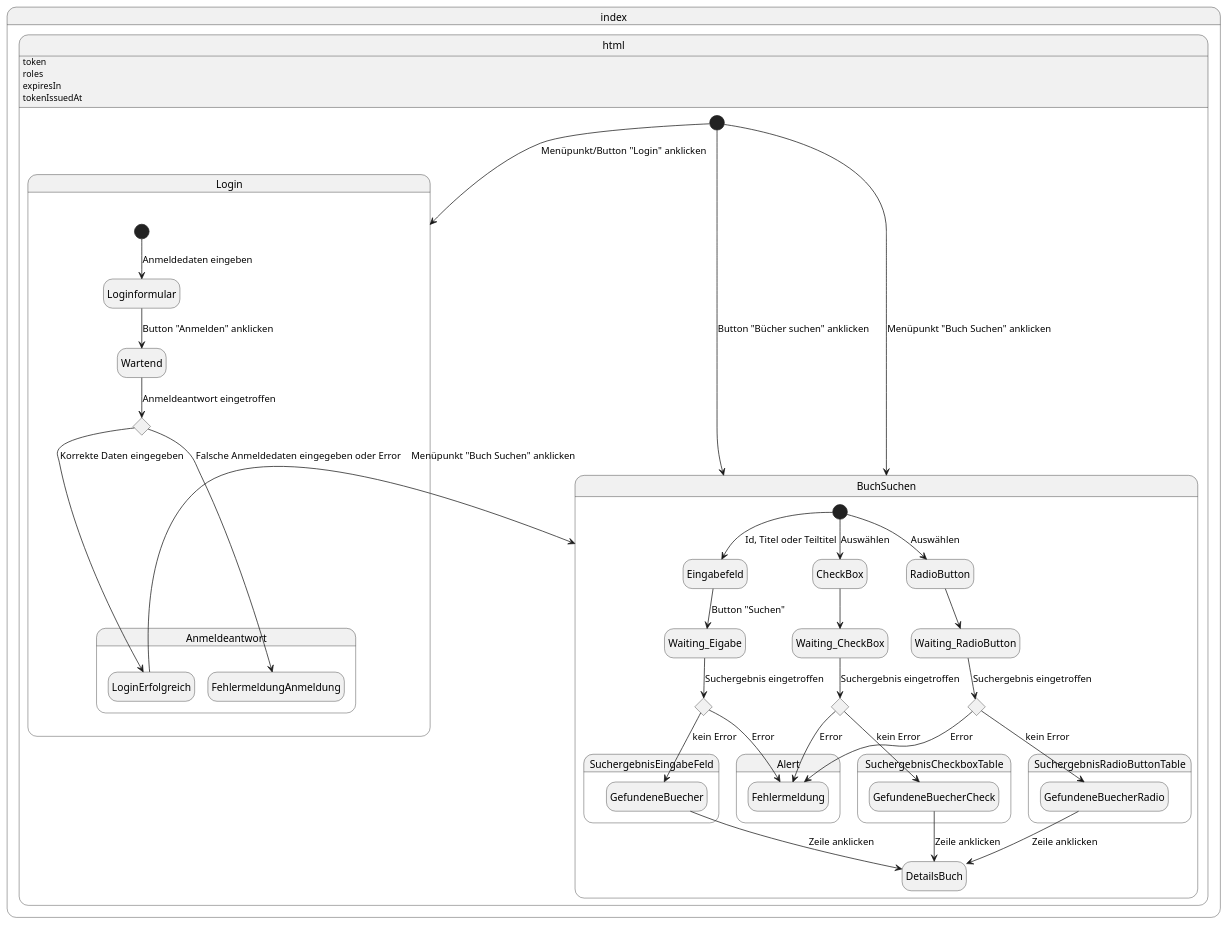
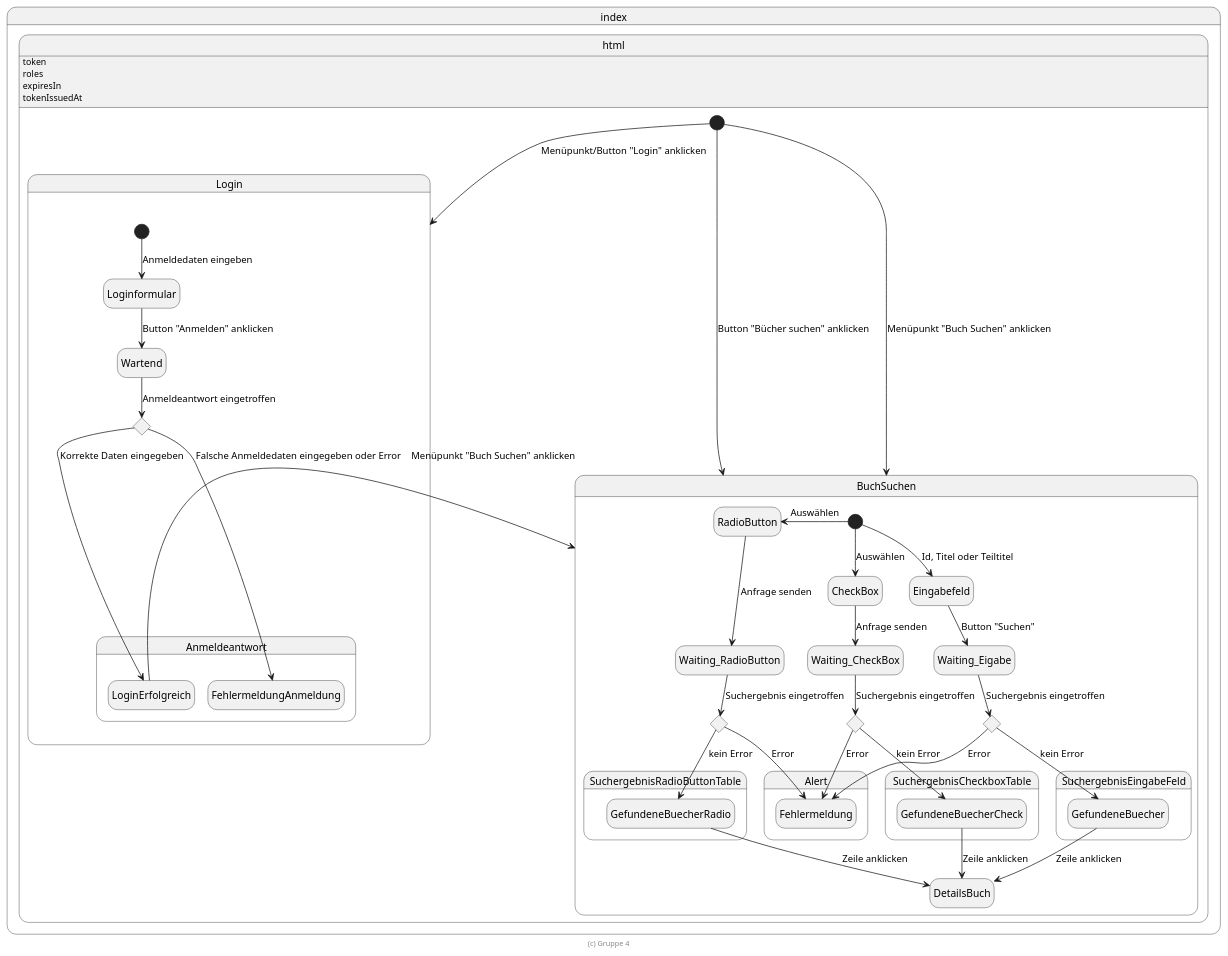
Before and after one commit to Atomfried13/swe_abgabe_2_webserver: the diagram in doc/zustandsdiagramm-ausgeloggt-kunde.plantuml, drawn with PlantUML. The commit also changed 2 other files, not shown here.

Commit message:
change: leerzeilen entfernt und kleine Änderung in kunde.plantuml

```diff
--- a/doc/zustandsdiagramm-ausgeloggt-kunde.plantuml
+++ b/doc/zustandsdiagramm-ausgeloggt-kunde.plantuml
@@ -1,74 +1,76 @@
 @startuml Zustandsdiagramm - Kunde ist ausgeloggt
 
 hide empty description
 
 state index.html {
     index.html: token
     index.html: roles
     index.html: expiresIn
     index.html: tokenIssuedAt
 
     [*] -down-> Login: Menüpunkt/Button "Login" anklicken
     [*] --> BuchSuchen: Button "Bücher suchen" anklicken
     [*] -down-> BuchSuchen: Menüpunkt "Buch Suchen" anklicken
 
     state Login {
         [*] --> Loginformular: Anmeldedaten eingeben
         Loginformular --> Wartend: Button "Anmelden" anklicken
         state AnmeldungAntwortChoice <<choice>>
         Wartend --> AnmeldungAntwortChoice: Anmeldeantwort eingetroffen
 
         state Anmeldeantwort {
             AnmeldungAntwortChoice --> LoginErfolgreich: Korrekte Daten eingegeben
             AnmeldungAntwortChoice --> FehlermeldungAnmeldung: Falsche Anmeldedaten eingegeben oder Error
         }
     }
     LoginErfolgreich -right-> BuchSuchen : Menüpunkt "Buch Suchen" anklicken
 
     state BuchSuchen {
 
     }
     Login -right[hidden]-> BuchSuchen
 
 
     state BuchSuchen {
         [*] --> Eingabefeld: Id, Titel oder Teiltitel
         Eingabefeld --> Waiting_Eigabe : Button "Suchen"
         state SuchergebnisEingabe <<choice>>
         Waiting_Eigabe --> SuchergebnisEingabe: Suchergebnis eingetroffen
 
         state SuchergebnisEingabeFeld {
             SuchergebnisEingabe --> GefundeneBuecher: kein Error
         }
 
-        [*] -right--> RadioButton: Auswählen
-        RadioButton --> Waiting_RadioButton
+        [*] -left-> RadioButton: Auswählen
+        RadioButton --> Waiting_RadioButton: Anfrage senden
          state SuchergebnisRadioButton <<choice>>
          Waiting_RadioButton --> SuchergebnisRadioButton: Suchergebnis eingetroffen
 
         state SuchergebnisRadioButtonTable {
             SuchergebnisRadioButton --> GefundeneBuecherRadio: kein Error
         }
 
         [*] --> CheckBox: Auswählen
-        CheckBox --> Waiting_CheckBox
+        CheckBox --> Waiting_CheckBox: Anfrage senden
         state SuchergebnisCheckBox <<choice>>
          Waiting_CheckBox --> SuchergebnisCheckBox: Suchergebnis eingetroffen
 
          state SuchergebnisCheckboxTable {
             SuchergebnisCheckBox --> GefundeneBuecherCheck: kein Error
         }
 
         state Alert {
             SuchergebnisRadioButton --> Fehlermeldung: Error
             SuchergebnisEingabe --> Fehlermeldung: Error
             SuchergebnisCheckBox --> Fehlermeldung: Error
         }
 
          GefundeneBuecher -down-> DetailsBuch: Zeile anklicken
          GefundeneBuecherRadio -down-> DetailsBuch: Zeile anklicken
          GefundeneBuecherCheck -down-> DetailsBuch: Zeile anklicken
     }
 }
 
+footer (c) Gruppe 4
+
 @enduml
```
